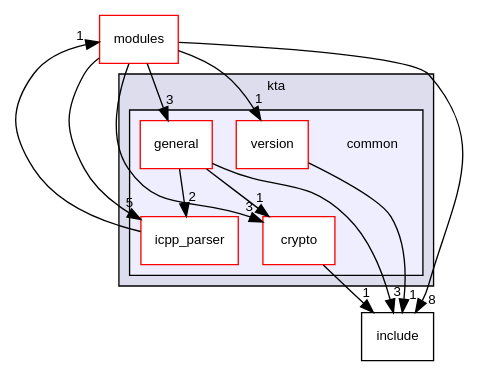
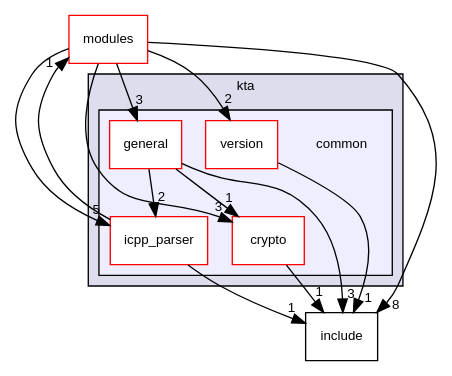
Before and after one commit to Kudelski-IoT/keySTREAM_provisioning: the diagram in docs/kta/doc/dir_a4dd272aad19606621d5cdd3bcc68a0e_dep.dot, drawn with Graphviz. The commit also changed 155 other files, not shown here.

```diff
--- a/docs/kta/doc/dir_a4dd272aad19606621d5cdd3bcc68a0e_dep.dot
+++ b/docs/kta/doc/dir_a4dd272aad19606621d5cdd3bcc68a0e_dep.dot
@@ -1,29 +1,30 @@
 digraph "common" {
   compound=true
   node [ fontsize="10", fontname="Helvetica"];
   edge [ labelfontsize="10", labelfontname="Helvetica"];
   subgraph clusterdir_5eff6672d80e7540a37431ed7424ce57 {
     graph [ bgcolor="#ddddee", pencolor="black", label="kta" fontname="Helvetica", fontsize="10", URL="dir_5eff6672d80e7540a37431ed7424ce57.html"]
   subgraph clusterdir_a4dd272aad19606621d5cdd3bcc68a0e {
     graph [ bgcolor="#eeeeff", pencolor="black", label="" URL="dir_a4dd272aad19606621d5cdd3bcc68a0e.html"];
     dir_a4dd272aad19606621d5cdd3bcc68a0e [shape=plaintext label="common"];
     dir_56391ec4d69eaa199d2926799b649a45 [shape=box label="crypto" color="red" fillcolor="white" style="filled" URL="dir_56391ec4d69eaa199d2926799b649a45.html"];
     dir_0035c26b3779a454e9f59b98e5e5e84a [shape=box label="general" color="red" fillcolor="white" style="filled" URL="dir_0035c26b3779a454e9f59b98e5e5e84a.html"];
     dir_9a09475e64ca178f832d9cd2d32ea8b5 [shape=box label="icpp_parser" color="red" fillcolor="white" style="filled" URL="dir_9a09475e64ca178f832d9cd2d32ea8b5.html"];
     dir_ae7e1e428abcc149773b84e5a1ab9002 [shape=box label="version" color="red" fillcolor="white" style="filled" URL="dir_ae7e1e428abcc149773b84e5a1ab9002.html"];
   }
   }
   dir_d44c64559bbebec7f509842c48db8b23 [shape=box label="include" URL="dir_d44c64559bbebec7f509842c48db8b23.html"];
   dir_7e2560d9caf2b698f36b0974bab08bcc [shape=box label="modules" fillcolor="white" style="filled" color="red" URL="dir_7e2560d9caf2b698f36b0974bab08bcc.html"];
   dir_ae7e1e428abcc149773b84e5a1ab9002->dir_d44c64559bbebec7f509842c48db8b23 [headlabel="1", labeldistance=1.5 headhref="dir_000018_000015.html"];
+  dir_9a09475e64ca178f832d9cd2d32ea8b5->dir_d44c64559bbebec7f509842c48db8b23 [headlabel="1", labeldistance=1.5 headhref="dir_000012_000015.html"];
   dir_9a09475e64ca178f832d9cd2d32ea8b5->dir_7e2560d9caf2b698f36b0974bab08bcc [headlabel="1", labeldistance=1.5 headhref="dir_000012_000001.html"];
-  dir_7e2560d9caf2b698f36b0974bab08bcc->dir_ae7e1e428abcc149773b84e5a1ab9002 [headlabel="1", labeldistance=1.5 headhref="dir_000001_000018.html"];
+  dir_7e2560d9caf2b698f36b0974bab08bcc->dir_ae7e1e428abcc149773b84e5a1ab9002 [headlabel="2", labeldistance=1.5 headhref="dir_000001_000018.html"];
   dir_7e2560d9caf2b698f36b0974bab08bcc->dir_9a09475e64ca178f832d9cd2d32ea8b5 [headlabel="5", labeldistance=1.5 headhref="dir_000001_000012.html"];
   dir_7e2560d9caf2b698f36b0974bab08bcc->dir_d44c64559bbebec7f509842c48db8b23 [headlabel="8", labeldistance=1.5 headhref="dir_000001_000015.html"];
   dir_7e2560d9caf2b698f36b0974bab08bcc->dir_56391ec4d69eaa199d2926799b649a45 [headlabel="3", labeldistance=1.5 headhref="dir_000001_000009.html"];
   dir_7e2560d9caf2b698f36b0974bab08bcc->dir_0035c26b3779a454e9f59b98e5e5e84a [headlabel="3", labeldistance=1.5 headhref="dir_000001_000010.html"];
   dir_56391ec4d69eaa199d2926799b649a45->dir_d44c64559bbebec7f509842c48db8b23 [headlabel="1", labeldistance=1.5 headhref="dir_000009_000015.html"];
   dir_0035c26b3779a454e9f59b98e5e5e84a->dir_9a09475e64ca178f832d9cd2d32ea8b5 [headlabel="2", labeldistance=1.5 headhref="dir_000010_000012.html"];
   dir_0035c26b3779a454e9f59b98e5e5e84a->dir_d44c64559bbebec7f509842c48db8b23 [headlabel="3", labeldistance=1.5 headhref="dir_000010_000015.html"];
   dir_0035c26b3779a454e9f59b98e5e5e84a->dir_56391ec4d69eaa199d2926799b649a45 [headlabel="1", labeldistance=1.5 headhref="dir_000010_000009.html"];
 }
```
